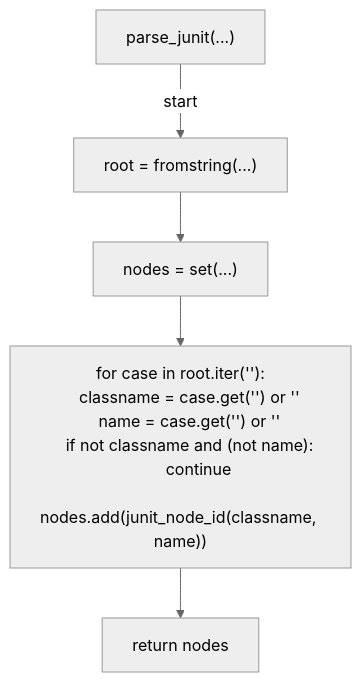
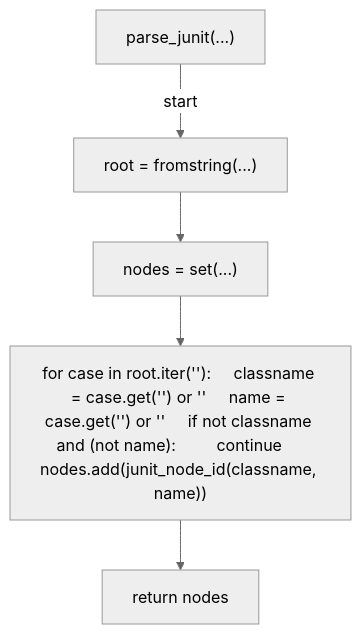
One commit to tvna/claude-md changed the fourth of 8 diagrams in docs/generated/scripts/ast/verify_shard_coverage.md. Above: the diagram before and after it, drawn with Mermaid (neutral theme). The commit also changed other lines of this file and 15 other files, not shown here.

First line of the commit message:
docs(generated): regenerate decision tree and workflow diagrams (batch 5/5)

````diff
--- a/docs/generated/scripts/ast/verify_shard_coverage.md
+++ b/docs/generated/scripts/ast/verify_shard_coverage.md
@@ -58,17 +54,12 @@
 ```mermaid
 flowchart TD
     N001["parse_junit(...)"]
     N002["root = fromstring(...)"]
     N003["nodes = set(...)"]
-    N004["for case in root.iter('<str>'):
-    classname = case.get('<str>') or '<str>'
-    name = case.get('<str>') or '<str>'
-    if not classname and (not name):
-        continue
-    nodes.add(junit_node_id(classname, name))"]
+    N004["for case in root.iter('<str>'):     classname = case.get('<str>') or '<str>'     name = case.get('<str>') or '<str>'     if not classname and (not name):         continue     nodes.add(junit_node_id(classname, name))"]
     N005["return nodes"]
     N001 -->|"start"| N002
     N002 --> N003
     N003 --> N004
     N004 --> N005
 ```
````
